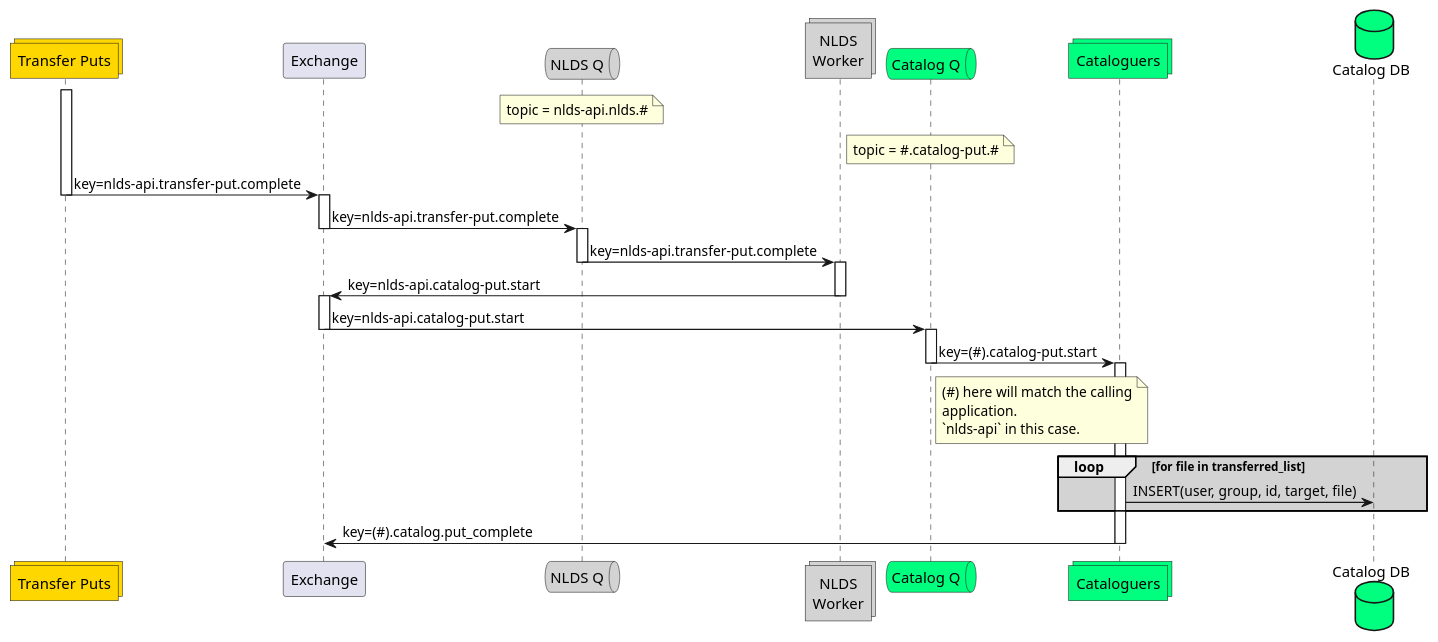
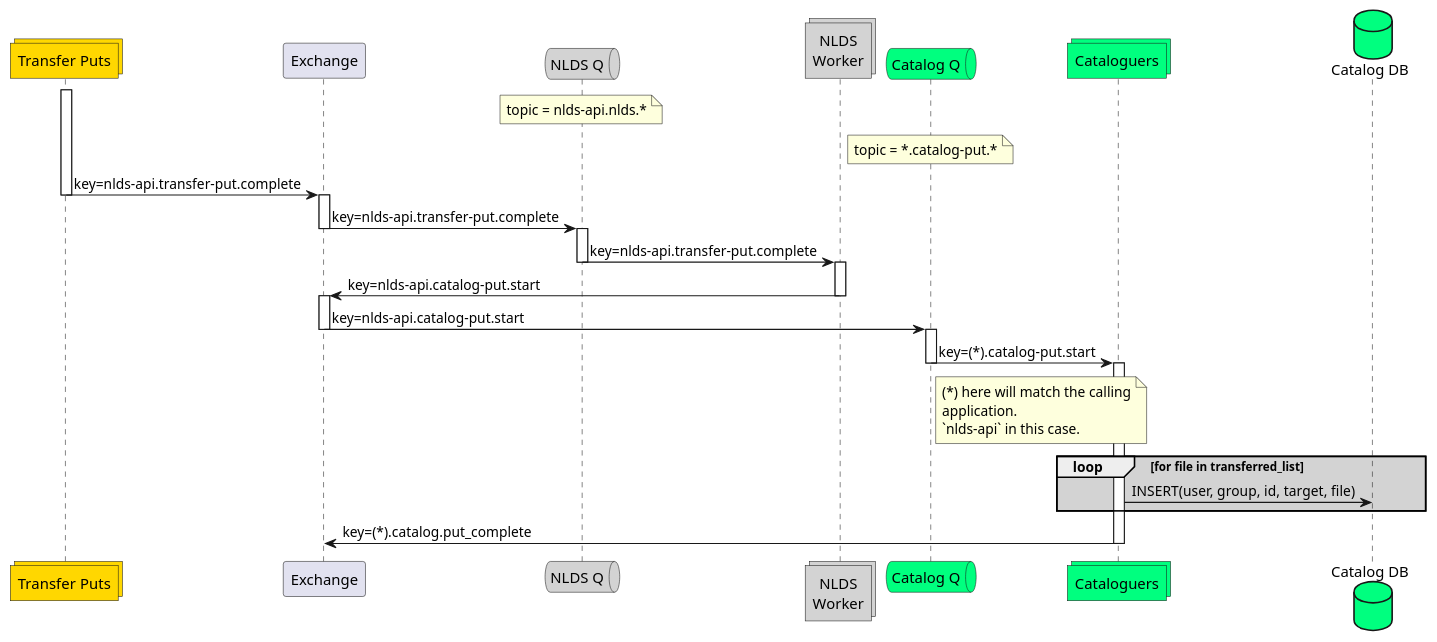
The diagram in docs/spec/uml/message_flow_put3.puml (cedadev/nlds), drawn with PlantUML before and after one commit. The commit also changed 13 other files, not shown here.

```diff
--- a/docs/spec/uml/message_flow_put3.puml
+++ b/docs/spec/uml/message_flow_put3.puml
@@ -1,57 +1,57 @@
 @startuml message_flow_put3
 
 collections transfer_puts as "Transfer Puts" #gold
 
 participant wex as "Exchange"
 
 queue qw as "NLDS Q" #lightgrey
 note over qw
-    topic = nlds-api.nlds.#
+    topic = nlds-api.nlds.*
 end note
 collections work as "NLDS\nWorker" #lightgrey
 
 queue qc as "Catalog Q" #springgreen
 collections catalog as "Cataloguers" #springgreen
 database catalog_db as "Catalog DB" #springgreen
 note over qc
-    topic = #.catalog-put.#
+    topic = *.catalog-put.*
 end note
 
 activate transfer_puts
 transfer_puts -> wex : key=nlds-api.transfer-put.complete
 deactivate transfer_puts
 
 activate wex
 wex -> qw : key=nlds-api.transfer-put.complete
 deactivate wex
 
 activate qw
 qw -> work : key=nlds-api.transfer-put.complete
 deactivate qw
 
 activate work
 work -> wex : key=nlds-api.catalog-put.start
 deactivate work
 
 activate wex
 wex -> qc : key=nlds-api.catalog-put.start
 deactivate wex
 
 activate qc
-qc -> catalog : key=(#).catalog-put.start
+qc -> catalog : key=(*).catalog-put.start
 deactivate qc
 note right of qc
-    (#) here will match the calling
+    (*) here will match the calling
     application.
     `nlds-api` in this case.
 end note
 
 activate catalog
 loop #lightgrey for file in transferred_list 
     catalog -> catalog_db : INSERT(user, group, id, target, file)
 end
-catalog -> wex : key=(#).catalog.put_complete
+catalog -> wex : key=(*).catalog.put_complete
 deactivate catalog
 
 
 @enduml
```
